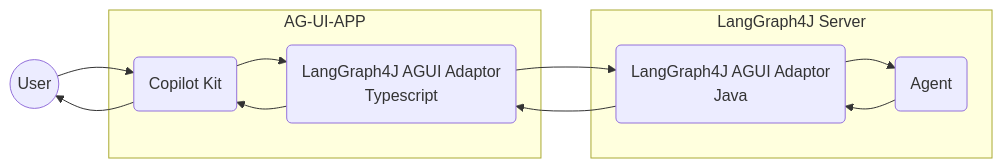
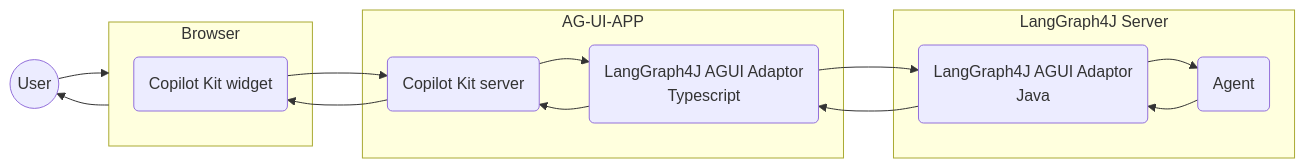
The diagram in README.md (langgraph4j/langgraph4j-copilotkit), drawn with Mermaid before and after one commit.

Commit message:
docs: update architectural diagram

````diff
--- a/README.md
+++ b/README.md
@@ -9,34 +9,38 @@
 ```mermaid
 flowchart LR
     User((User))
-    CopilotKit(Copilot Kit)
+    subgraph Browser
+        CopilotKitW(Copilot Kit widget)
+    end
+    CopilotKit(Copilot Kit server)
     LangGraph4JAdaptor(LangGraph4J AGUI Adaptor
     Typescript)
     LangGraph4JServer(LangGraph4J AGUI Adaptor
     Java)
     Agent(Agent)
     subgraph "AG-UI-APP"
         CopilotKit --> LangGraph4JAdaptor
     end
     subgraph "LangGraph4J Server"
         LangGraph4JServer --> Agent
     end
-    User --> CopilotKit
-    %%CopilotKit --> LangGraph4JAdaptor
+    User --> Browser
+    CopilotKitW --> CopilotKit
+    CopilotKit --> CopilotKitW
     LangGraph4JAdaptor --> LangGraph4JServer
     %%LangGraph4JServer --> Agent
     Agent --> LangGraph4JServer
     LangGraph4JServer --> LangGraph4JAdaptor
     LangGraph4JAdaptor --> CopilotKit
-    CopilotKit --> User
+    Browser --> User
     %% Legend
     %% - The User sends a request to the Copilot Kit.
     %% - The Copilot Kit processes the request and passes it to the LangGraph4J Adaptor.
     %% - The LangGraph4J Adaptor forwards the request to the LangGraph4J Server.
     %% - The LangGraph4J Server processes the request using the Agent.
     %% - The Agent processes the data and sends back a response to the LangGraph4J Server.
     %% - The LangGraph4J Server sends the processed response back to the LangGraph4J Adaptor.
     %% - The LangGraph4J Adaptor then sends the response back to the Copilot Kit.
     %% - Finally, the Copilot Kit presents the results back to the User.
 
 ```
````
